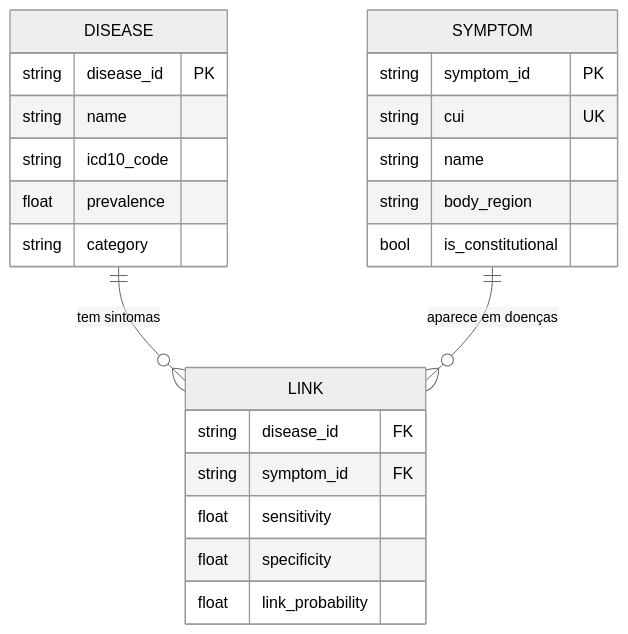
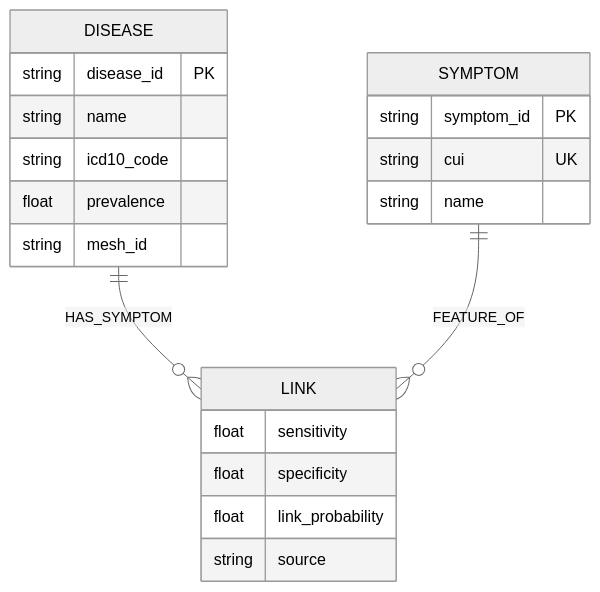
One commit to Gabrielc476/projeto-medico changed the first of 2 diagrams in brain/03-Motor-Python/03 — Base de Conhecimento.md. Above: the diagram before and after it, drawn with Mermaid (neutral theme). The commit also changed other lines of this file and 39 other files, not shown here.

````diff
--- a/brain/03-Motor-Python/03 — Base de Conhecimento.md
+++ b/brain/03-Motor-Python/03 — Base de Conhecimento.md
@@ -18,29 +19,26 @@
 ```mermaid
 erDiagram
-    DISEASE ||--o{ LINK : "tem sintomas"
-    SYMPTOM ||--o{ LINK : "aparece em doenças"
+    DISEASE ||--o{ LINK : "HAS_SYMPTOM"
+    SYMPTOM ||--o{ LINK : "FEATURE_OF"
 
     DISEASE {
         string disease_id PK
         string name
         string icd10_code
         float prevalence
-        string category
+        string mesh_id
     }
 
     SYMPTOM {
         string symptom_id PK
         string cui UK
         string name
-        string body_region
-        bool is_constitutional
     }
 
     LINK {
-        string disease_id FK
-        string symptom_id FK
         float sensitivity
         float specificity
         float link_probability
+        string source
     }
 ```
````
